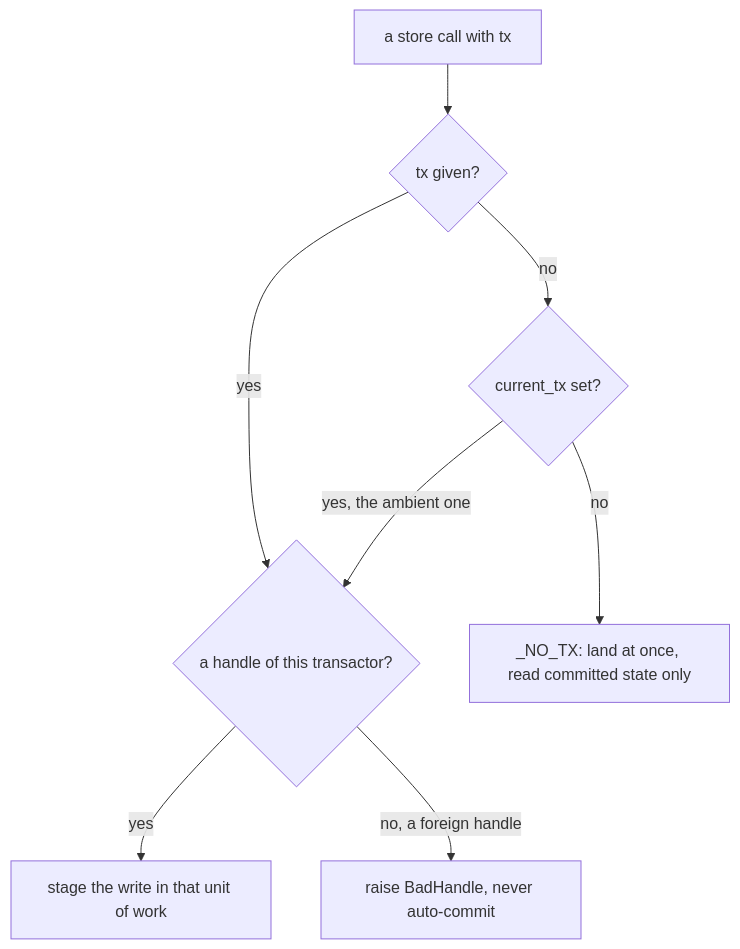
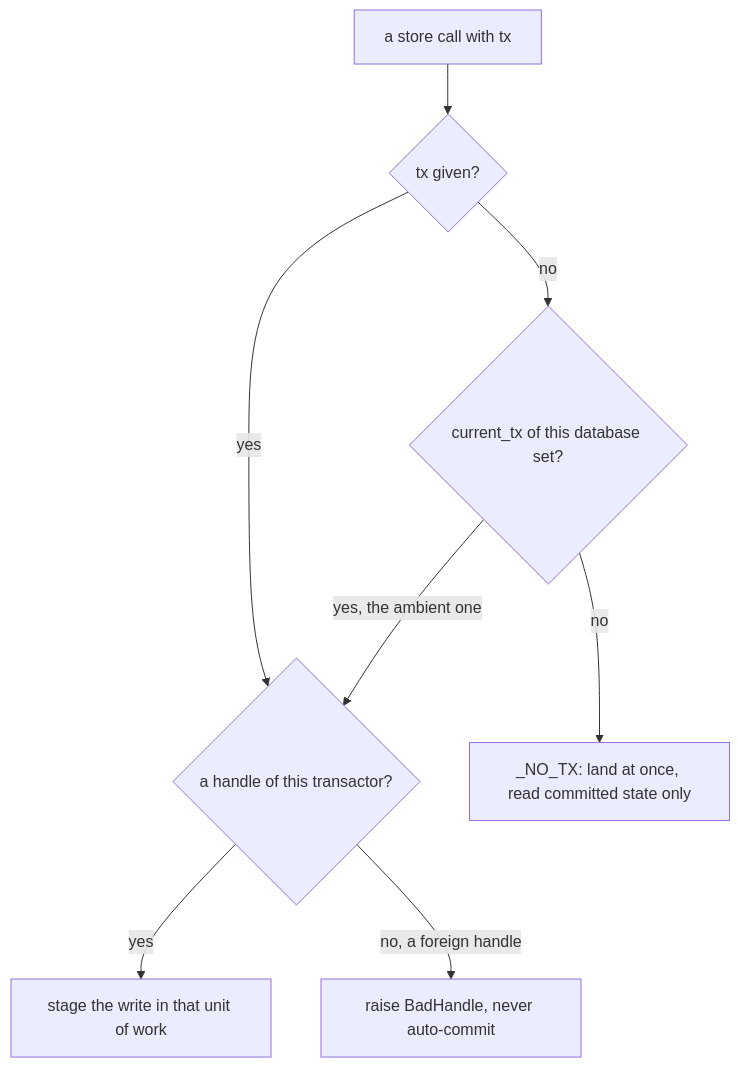
The second of 3 diagrams in docs/sdk/transactions.md (haskian/edax), drawn with Mermaid before and after one commit. The commit also changed other lines of this file and 234 other files, not shown here.

````diff
--- a/docs/sdk/transactions.md
+++ b/docs/sdk/transactions.md
@@ -139,10 +151,10 @@
 ```mermaid
 flowchart TB
     A["a store call with tx"] --> B{"tx given?"}
     B -->|"yes"| D{"a handle of this transactor?"}
-    B -->|"no"| C{"current_tx set?"}
+    B -->|"no"| C{"current_tx of this database set?"}
     C -->|"yes, the ambient one"| D
     C -->|"no"| E["_NO_TX: land at once, read committed state only"]
     D -->|"yes"| F["stage the write in that unit of work"]
     D -->|"no, a foreign handle"| G["raise BadHandle, never auto-commit"]
 ```
````
